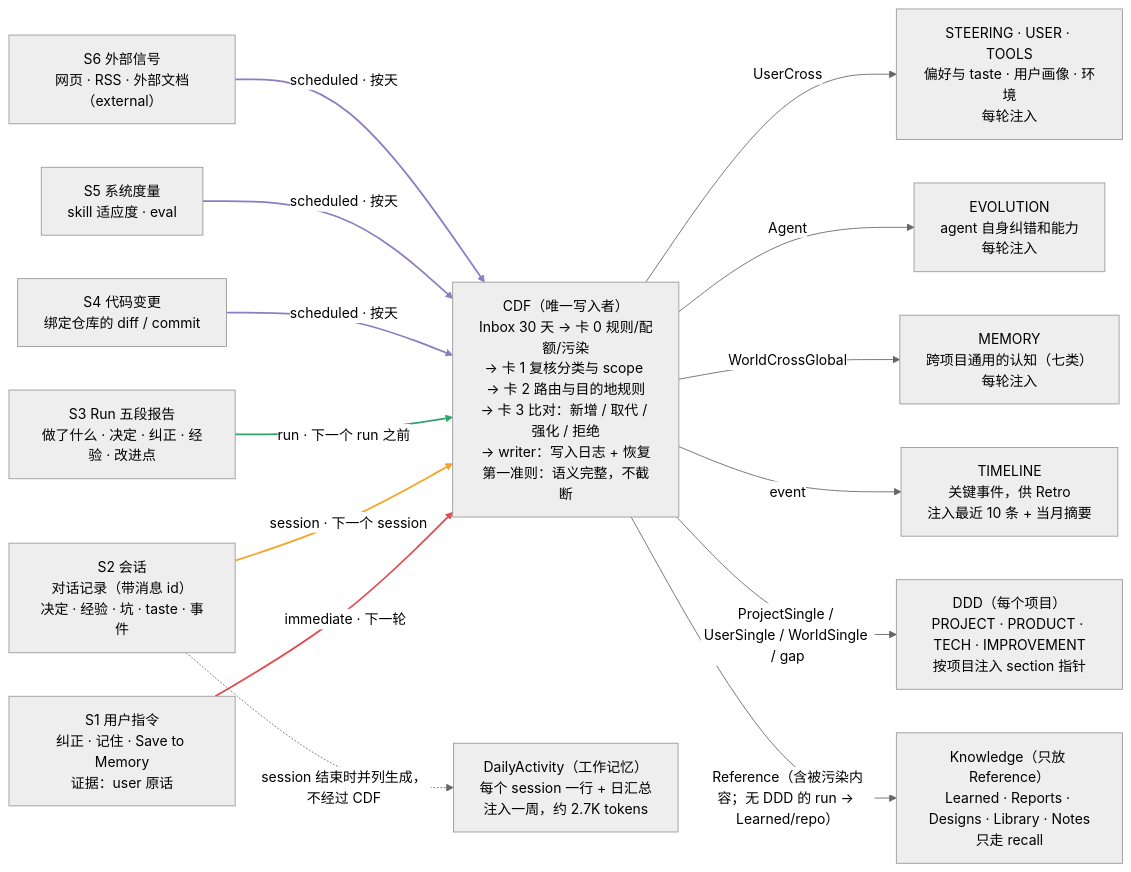
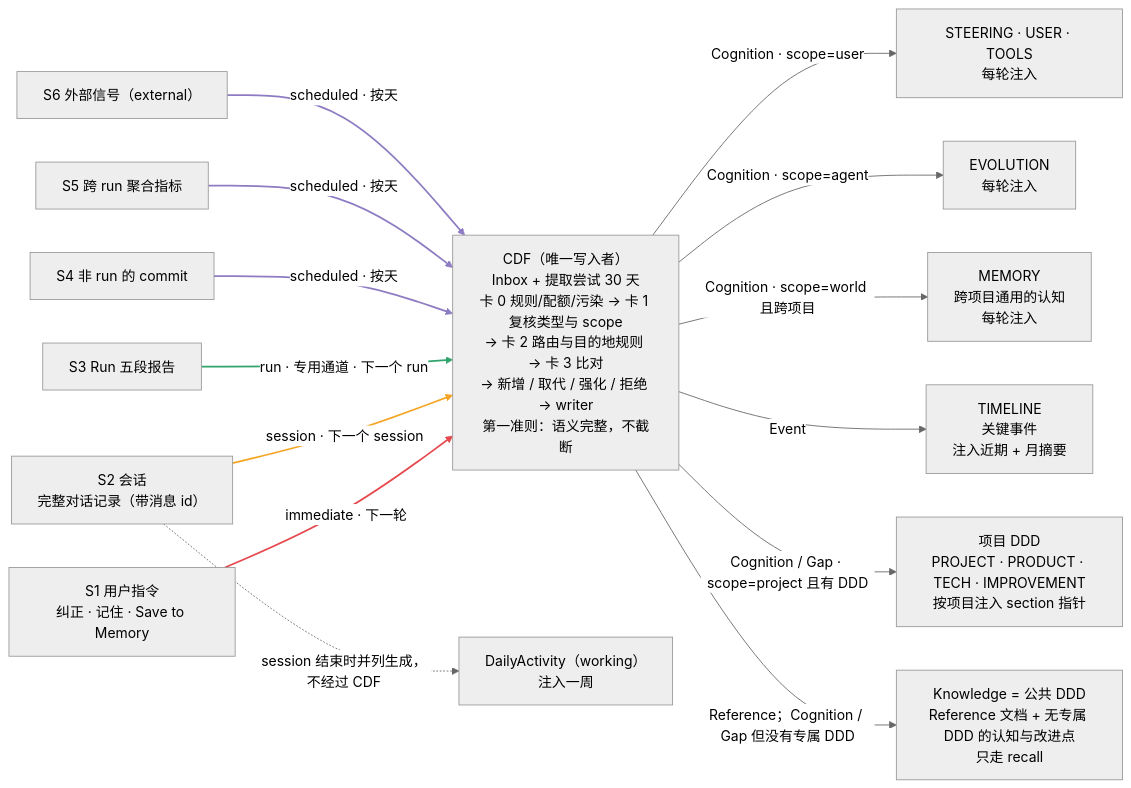
The second of 2 diagrams in docs/design/2026-10-26-swarm-cognitive-distillation-flow.md (xg-gh-25/SwarmAI), drawn with Mermaid (neutral theme) before and after one commit. The commit also changed other lines of this file, not shown here.

First line of the commit message:
docs(design): CDF r16.1 - absorb independent reviews A/B

````diff
--- a/docs/design/2026-10-26-swarm-cognitive-distillation-flow.md
+++ b/docs/design/2026-10-26-swarm-cognitive-distillation-flow.md
@@ -444,40 +552,40 @@
 ```mermaid
 flowchart LR
-  S1["S1 用户指令<br/>纠正 · 记住 · Save to Memory<br/>证据：user 原话"]
-  S2["S2 会话<br/>对话记录（带消息 id）<br/>决定 · 经验 · 坑 · taste · 事件"]
-  S3["S3 Run 五段报告<br/>做了什么 · 决定 · 纠正 · 经验 · 改进点"]
-  S4["S4 代码变更<br/>绑定仓库的 diff / commit"]
-  S5["S5 系统度量<br/>skill 适应度 · eval"]
-  S6["S6 外部信号<br/>网页 · RSS · 外部文档（external）"]
+  S1["S1 用户指令<br/>纠正 · 记住 · Save to Memory"]
+  S2["S2 会话<br/>完整对话记录（带消息 id）"]
+  S3["S3 Run 五段报告"]
+  S4["S4 非 run 的 commit"]
+  S5["S5 跨 run 聚合指标"]
+  S6["S6 外部信号（external）"]
 
-  CDF["CDF（唯一写入者）<br/>Inbox 30 天 → 卡 0 规则/配额/污染<br/>→ 卡 1 复核分类与 scope → 卡 2 路由与目的地规则<br/>→ 卡 3 比对：新增 / 取代 / 强化 / 拒绝<br/>→ writer：写入日志 + 恢复<br/>第一准则：语义完整，不截断"]
+  CDF["CDF（唯一写入者）<br/>Inbox + 提取尝试 30 天<br/>卡 0 规则/配额/污染 → 卡 1 复核类型与 scope<br/>→ 卡 2 路由与目的地规则 → 卡 3 比对<br/>→ 新增 / 取代 / 强化 / 拒绝 → writer<br/>第一准则：语义完整，不截断"]
 
-  CTX["STEERING · USER · TOOLS<br/>偏好与 taste · 用户画像 · 环境<br/>每轮注入"]
-  EVO["EVOLUTION<br/>agent 自身纠错和能力<br/>每轮注入"]
-  MEM["MEMORY<br/>跨项目通用的认知（七类）<br/>每轮注入"]
-  TL["TIMELINE<br/>关键事件，供 Retro<br/>注入最近 10 条 + 当月摘要"]
-  DDD["DDD（每个项目）<br/>PROJECT · PRODUCT · TECH · IMPROVEMENT<br/>按项目注入 section 指针"]
-  KN["Knowledge（只放 Reference）<br/>Learned · Reports · Designs · Library · Notes<br/>只走 recall"]
-  DA["DailyActivity（工作记忆）<br/>每个 session 一行 + 日汇总<br/>注入一周，约 2.7K tokens"]
+  CTX["STEERING · USER · TOOLS<br/>每轮注入"]
+  EVO["EVOLUTION<br/>每轮注入"]
+  MEM["MEMORY<br/>跨项目通用的认知<br/>每轮注入"]
+  TL["TIMELINE<br/>关键事件<br/>注入近期 + 月摘要"]
+  DDD["项目 DDD<br/>PROJECT · PRODUCT · TECH · IMPROVEMENT<br/>按项目注入 section 指针"]
+  KN["Knowledge = 公共 DDD<br/>Reference 文档 + 无专属 DDD 的认知与改进点<br/>只走 recall"]
+  DA["DailyActivity（working）<br/>注入一周"]
 
   S1 -->|"immediate · 下一轮"| CDF
   S2 -->|"session · 下一个 session"| CDF
-  S3 -->|"run · 下一个 run 之前"| CDF
+  S3 -->|"run · 专用通道 · 下一个 run"| CDF
   S4 -->|"scheduled · 按天"| CDF
   S5 -->|"scheduled · 按天"| CDF
   S6 -->|"scheduled · 按天"| CDF
 
-  CDF -->|UserCross| CTX
-  CDF -->|Agent| EVO
-  CDF -->|WorldCrossGlobal| MEM
-  CDF -->|event| TL
-  CDF -->|"ProjectSingle / UserSingle / WorldSingle / gap"| DDD
-  CDF -->|"Reference（含被污染内容；无 DDD 的 run → Learned/repo）"| KN
+  CDF -->|"Cognition · scope=user"| CTX
+  CDF -->|"Cognition · scope=agent"| EVO
+  CDF -->|"Cognition · scope=world 且跨项目"| MEM
+  CDF -->|Event| TL
+  CDF -->|"Cognition / Gap · scope=project 且有 DDD"| DDD
+  CDF -->|"Reference；Cognition / Gap 但没有专属 DDD"| KN
 
   S2 -.->|"session 结束时并列生成，不经过 CDF"| DA
 
   linkStyle 0 stroke:#e5484d,stroke-width:2px
   linkStyle 1 stroke:#f5a524,stroke-width:2px
   linkStyle 2 stroke:#30a46c,stroke-width:2px
   linkStyle 3,4,5 stroke:#8e7cc3,stroke-width:2px
 ```
````
